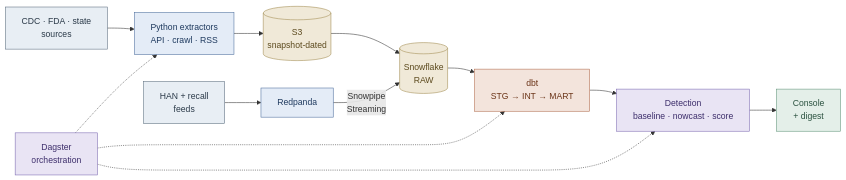
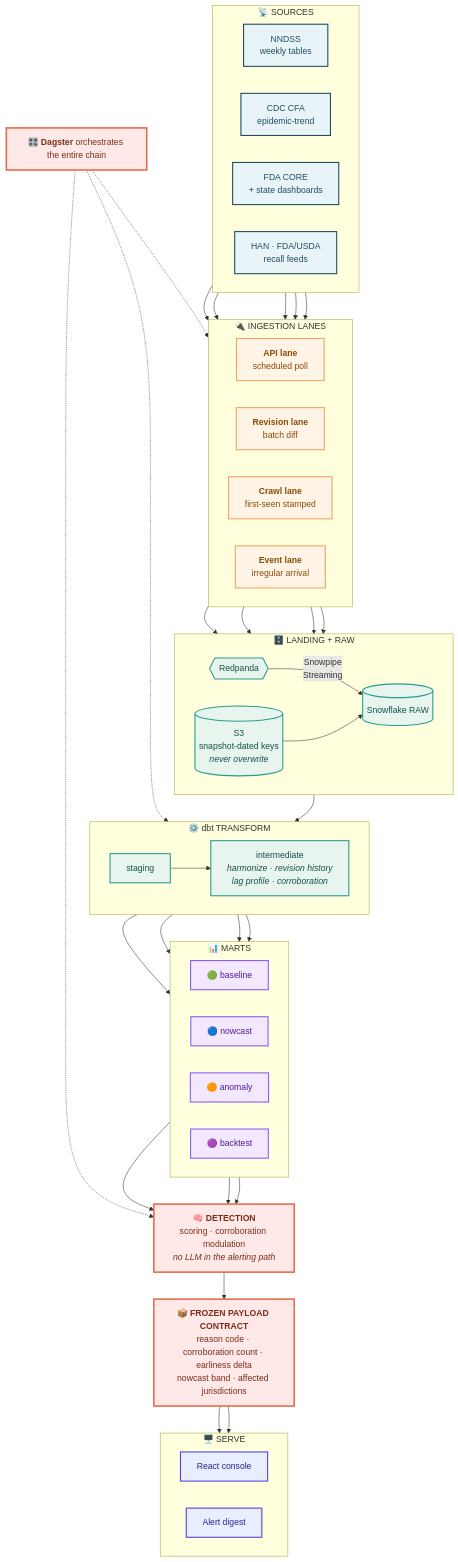
The first of 3 diagrams in README.md (Dieurode1/Public-Health-Outbreak-Monitoring-System), drawn with Mermaid before and after one commit. The commit also changed other lines of this file, not shown here.

````diff
--- a/README.md
+++ b/README.md
@@ -61,29 +126,85 @@
 ```mermaid
-flowchart LR
-    SRC["CDC · FDA · state<br/>sources"] --> ING["Python extractors<br/>API · crawl · RSS"]
-    EVT["HAN + recall<br/>feeds"] --> RP["Redpanda"]
-    ING --> S3[("S3<br/>snapshot-dated")]
-    S3 --> SF[("Snowflake<br/>RAW")]
+flowchart TB
+    subgraph SOURCES["📡 SOURCES"]
+        direction LR
+        S1["NNDSS<br/>weekly tables"]
+        S2["CDC CFA<br/>epidemic-trend"]
+        S3["FDA CORE<br/>+ state dashboards"]
+        S4["HAN · FDA/USDA<br/>recall feeds"]
+    end
+
+    subgraph INGEST["🔌 INGESTION LANES"]
+        direction LR
+        L1["<b>API lane</b><br/>scheduled poll"]
+        L2["<b>Revision lane</b><br/>batch diff"]
+        L3["<b>Crawl lane</b><br/>first-seen stamped"]
+        L4["<b>Event lane</b><br/>irregular arrival"]
+    end
+
+    subgraph LAND["🗄️ LANDING + RAW"]
+        direction LR
+        S3B[("S3<br/>snapshot-dated keys<br/><i>never overwrite</i>")]
+        RP{{"Redpanda"}}
+        SF[("Snowflake RAW")]
+    end
+
+    subgraph TRANSFORM["⚙️ dbt TRANSFORM"]
+        direction LR
+        T1["staging"] --> T2["intermediate<br/><i>harmonize · revision history<br/>lag profile · corroboration</i>"]
+    end
+
+    subgraph MARTS["📊 MARTS"]
+        direction LR
+        M1["🟢 baseline"]
+        M2["🔵 nowcast"]
+        M3["🟠 anomaly"]
+        M4["🟣 backtest"]
+    end
+
+    DET["🧠 <b>DETECTION</b><br/>scoring · corroboration modulation<br/><i>no LLM in the alerting path</i>"]
+    PAY["📦 <b>FROZEN PAYLOAD CONTRACT</b><br/>reason code · corroboration count · earliness delta<br/>nowcast band · affected jurisdictions"]
+
+    subgraph SERVE["🖥️ SERVE"]
+        direction LR
+        C1["React console"]
+        C2["Alert digest"]
+    end
+
+    S1 --> L1
+    S1 --> L2
+    S2 --> L1
+    S3 --> L3
+    S4 --> L4
+
+    L1 --> S3B
+    L2 --> S3B
+    L3 --> S3B
+    L4 --> RP
     RP -->|"Snowpipe<br/>Streaming"| SF
-    SF --> DBT["dbt<br/>STG → INT → MART"]
-    DBT --> DET["Detection<br/>baseline · nowcast · score"]
-    DET --> UI["Console<br/>+ digest"]
+    S3B --> SF
+    SF --> T1
+    T2 --> M1 & M2 & M3 & M4
+    M1 & M2 & M3 --> DET
+    DET --> PAY
+    PAY --> C1
+    PAY --> C2
 
-    DAG["Dagster<br/>orchestration"] -.-> ING
-    DAG -.-> DBT
+    DAG["🎛️ <b>Dagster</b> orchestrates the entire chain"]
+    DAG -.-> INGEST
+    DAG -.-> TRANSFORM
     DAG -.-> DET
 
-    classDef src fill:#E8EEF4,stroke:#5A6B7D,color:#2B3A49
-    classDef work fill:#E4ECF7,stroke:#4A6B9B,color:#1F3A5F
-    classDef store fill:#F0E9D8,stroke:#A08A4F,color:#5C4A1E
-    classDef dbt fill:#F3E4DC,stroke:#B06A4A,color:#6B3418
-    classDef core fill:#E9E4F4,stroke:#7A68B0,color:#3D2E6B
-    classDef out fill:#E4EFE9,stroke:#5F9276,color:#2B5240
+    classDef src fill:#E8F4F8,stroke:#1F4E5F,stroke-width:2px,color:#1F4E5F
+    classDef lane fill:#FFF4E6,stroke:#F4A261,stroke-width:2px,color:#8A4B08
+    classDef store fill:#E7F5EE,stroke:#2A9D8F,stroke-width:2px,color:#14514A
+    classDef mart fill:#F3E8FF,stroke:#8B5CF6,stroke-width:2px,color:#4C1D95
+    classDef core fill:#FFE8E8,stroke:#E76F51,stroke-width:3px,color:#7A2E1A
+    classDef serve fill:#E8EEFF,stroke:#4F43DD,stroke-width:2px,color:#2A2496
 
-    class SRC,EVT src
-    class ING,RP work
-    class S3,SF store
-    class DBT dbt
-    class DET,DAG core
-    class UI out
+    class S1,S2,S3,S4 src
+    class L1,L2,L3,L4 lane
+    class S3B,RP,SF,T1,T2 store
+    class M1,M2,M3,M4 mart
+    class DET,PAY,DAG core
+    class C1,C2 serve
 ```
````
